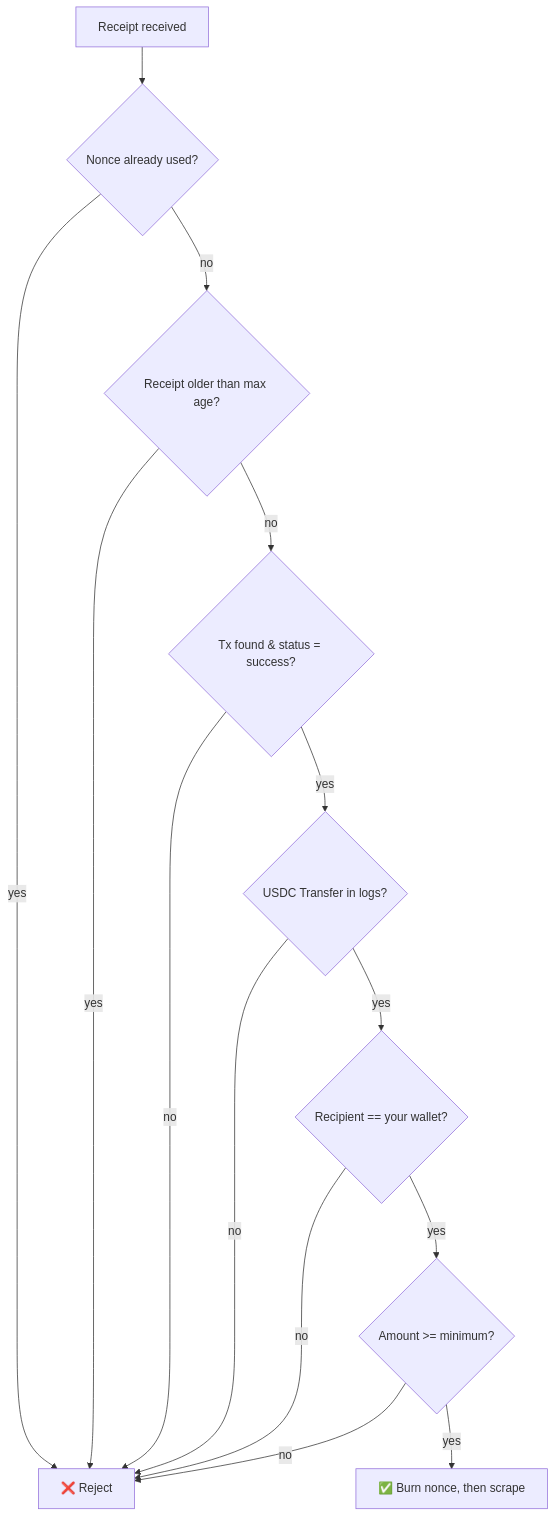
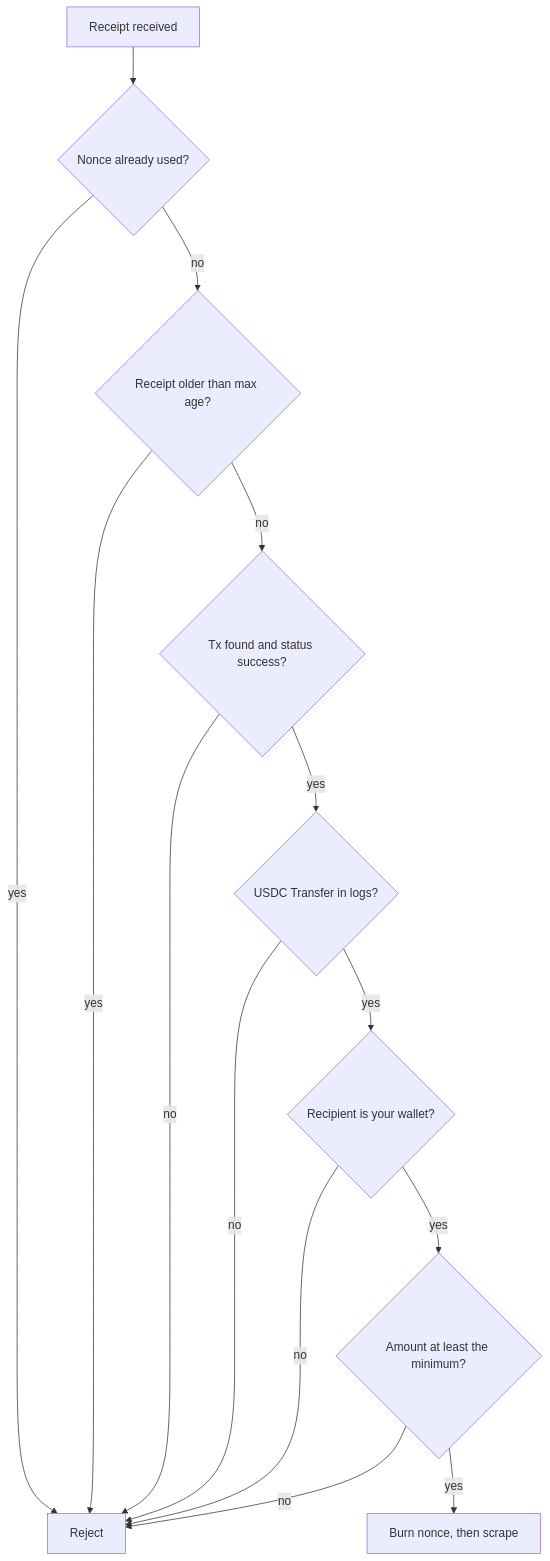
The second of 2 diagrams in README.md (mostafaibrahim17/pay-per-scrape), drawn with Mermaid before and after one commit. The commit also changed other lines of this file, not shown here.

Commit message:
Fix Mermaid diagrams in README

````diff
--- a/README.md
+++ b/README.md
@@ -56,16 +56,16 @@
 ```mermaid
 flowchart TD
-    A[Receipt received] --> B{Nonce already used?}
-    B -- yes --> R[❌ Reject]
-    B -- no --> C{Receipt older than max age?}
+    A[Receipt received] --> B{"Nonce already used?"}
+    B -- yes --> R[Reject]
+    B -- no --> C{"Receipt older than max age?"}
     C -- yes --> R
-    C -- no --> D{Tx found & status = success?}
+    C -- no --> D{"Tx found and status success?"}
     D -- no --> R
-    D -- yes --> E{USDC Transfer in logs?}
+    D -- yes --> E{"USDC Transfer in logs?"}
     E -- no --> R
-    E -- yes --> F{Recipient == your wallet?}
+    E -- yes --> F{"Recipient is your wallet?"}
     F -- no --> R
-    F -- yes --> G{Amount >= minimum?}
+    F -- yes --> G{"Amount at least the minimum?"}
     G -- no --> R
-    G -- yes --> S[✅ Burn nonce, then scrape]
+    G -- yes --> S[Burn nonce, then scrape]
 ```
````
